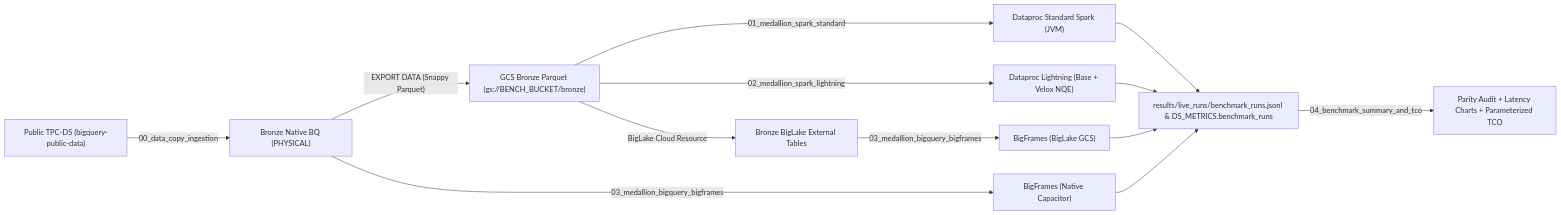
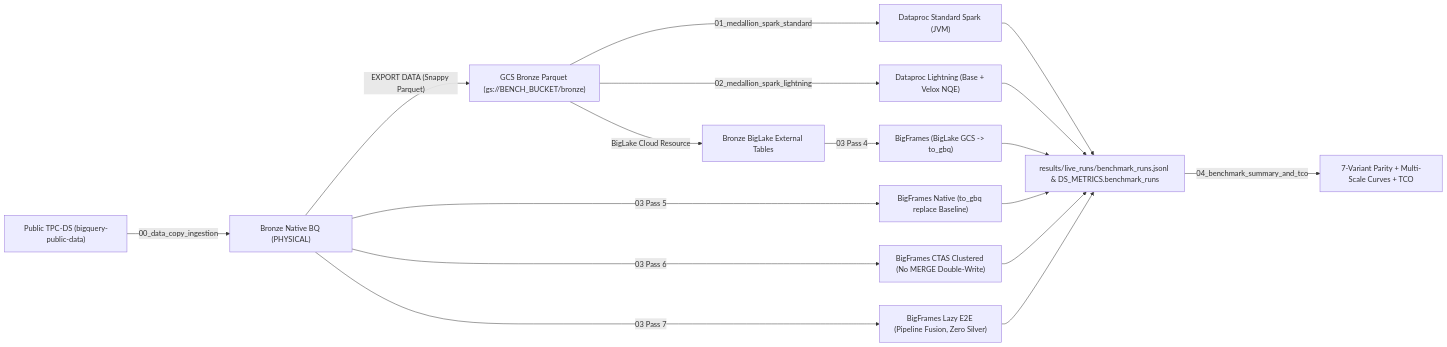
One commit to johanesalxd/lakehouse-compute-benchmark changed the diagram in README.md. Above: the diagram before and after it, drawn with Mermaid. The commit also changed other lines of this file and 4 other files, not shown here.

Commit message:
feat(report-04): expand 04, sample telemetry, SPEC, and README for 7-variant multi-scale & pipeline fusion fairness

````diff
--- a/README.md
+++ b/README.md
@@ -42,17 +46,21 @@
 ```mermaid
 flowchart LR
     PUB["Public TPC-DS (bigquery-public-data)"] -->|"00_data_copy_ingestion"| NATIVE["Bronze Native BQ (PHYSICAL)"]
     NATIVE -->|"EXPORT DATA (Snappy Parquet)"| GCS["GCS Bronze Parquet (gs://BENCH_BUCKET/bronze)"]
     GCS -->|"BigLake Cloud Resource"| BIGLAKE["Bronze BigLake External Tables"]
 
     GCS -->|"01_medallion_spark_standard"| STD["Dataproc Standard Spark (JVM)"]
     GCS -->|"02_medallion_spark_lightning"| LGT["Dataproc Lightning (Base + Velox NQE)"]
-    BIGLAKE -->|"03_medallion_bigquery_bigframes"| BFL["BigFrames (BigLake GCS)"]
-    NATIVE -->|"03_medallion_bigquery_bigframes"| BFN["BigFrames (Native Capacitor)"]
+    BIGLAKE -->|"03 Pass 4"| BFL["BigFrames (BigLake GCS -> to_gbq)"]
+    NATIVE -->|"03 Pass 5"| BFN["BigFrames Native (to_gbq replace Baseline)"]
+    NATIVE -->|"03 Pass 6"| BFC["BigFrames CTAS Clustered (No MERGE Double-Write)"]
+    NATIVE -->|"03 Pass 7"| BFZ["BigFrames Lazy E2E (Pipeline Fusion, Zero Silver)"]
 
     STD --> METRICS["results/live_runs/benchmark_runs.jsonl & DS_METRICS.benchmark_runs"]
     LGT --> METRICS
     BFL --> METRICS
     BFN --> METRICS
-    METRICS -->|"04_benchmark_summary_and_tco"| REPORT["Parity Audit + Latency Charts + Parameterized TCO"]
+    BFC --> METRICS
+    BFZ --> METRICS
+    METRICS -->|"04_benchmark_summary_and_tco"| REPORT["7-Variant Parity + Multi-Scale Curves + TCO"]
 ```
````
